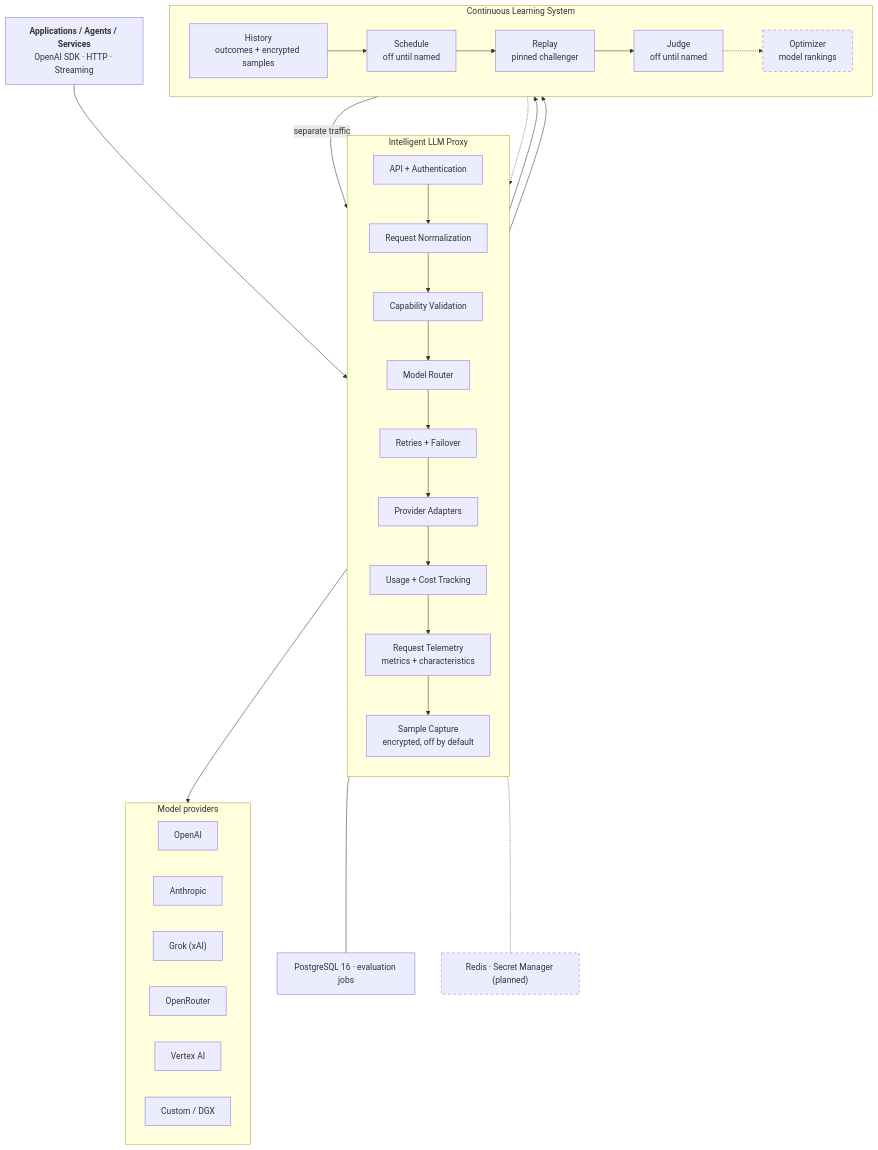
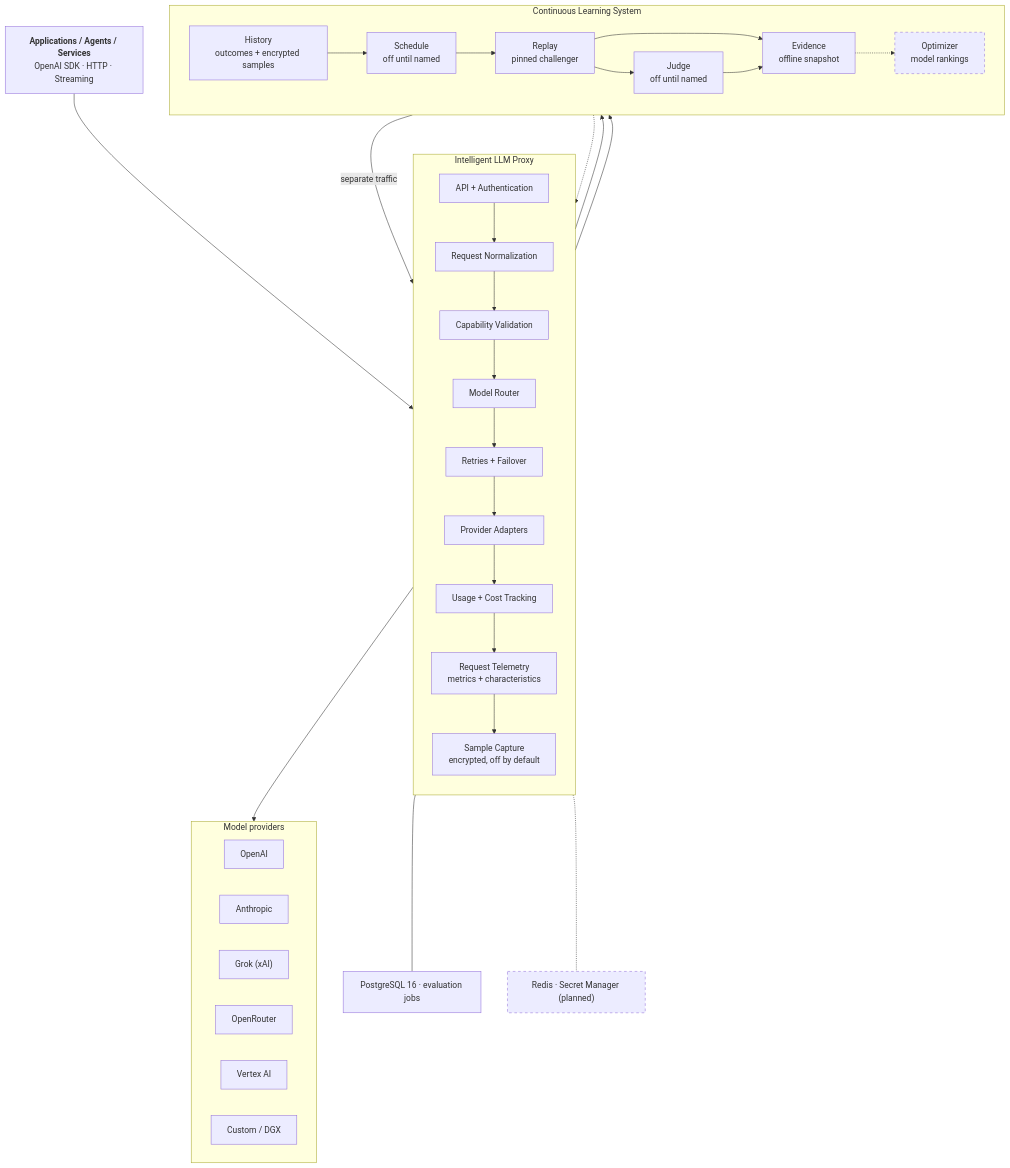
The diagram in README.md (niranta-life/llm-proxy), drawn with Mermaid before and after one commit. The commit also changed other lines of this file and 26 other files, not shown here.

````diff
--- a/README.md
+++ b/README.md
@@ -43,58 +43,61 @@
 ```mermaid
 flowchart TB
     apps["<b>Applications / Agents / Services</b><br/>OpenAI SDK · HTTP · Streaming"]
 
     subgraph proxy["Intelligent LLM Proxy"]
         direction TB
         auth["API + Authentication"]
         norm["Request Normalization"]
         cap["Capability Validation"]
         router["Model Router"]
         adapters["Provider Adapters"]
         retry["Retries + Failover"]
         cost["Usage + Cost Tracking"]
         telem["Request Telemetry<br/>metrics + characteristics"]
         capture["Sample Capture<br/>encrypted, off by default"]
         auth --> norm --> cap --> router --> retry --> adapters
         adapters --> cost --> telem
         telem --> capture
     end
 
     subgraph providers["Model providers"]
         direction LR
         openai["OpenAI"]
         anthropic["Anthropic"]
         grok["Grok (xAI)"]
         openrouter["OpenRouter"]
         vertex["Vertex AI"]
         dgx["Custom / DGX"]
     end
 
     subgraph learning["Continuous Learning System"]
         direction LR
         history["History<br/>outcomes + encrypted samples"]
         schedule["Schedule<br/>off until named"]
         replay["Replay<br/>pinned challenger"]
         judge["Judge<br/>off until named"]
+        evidence["Evidence<br/>offline snapshot"]
         optimizer["Optimizer<br/>model rankings"]
         history --> schedule
         schedule --> replay
         replay --> judge
-        judge -.-> optimizer
+        replay --> evidence
+        judge --> evidence
+        evidence -.-> optimizer
     end
 
     infra["PostgreSQL 16 · evaluation jobs"]
     infraPlanned["Redis · Secret Manager (planned)"]
 
     apps --> proxy
     proxy --> providers
     telem --> history
     capture --> history
     replay -->|"separate traffic"| adapters
     optimizer -.-> router
     proxy --- infra
     proxy -.- infraPlanned
 
     classDef planned stroke-dasharray: 5 5
     class optimizer,infraPlanned planned
 ```
````
